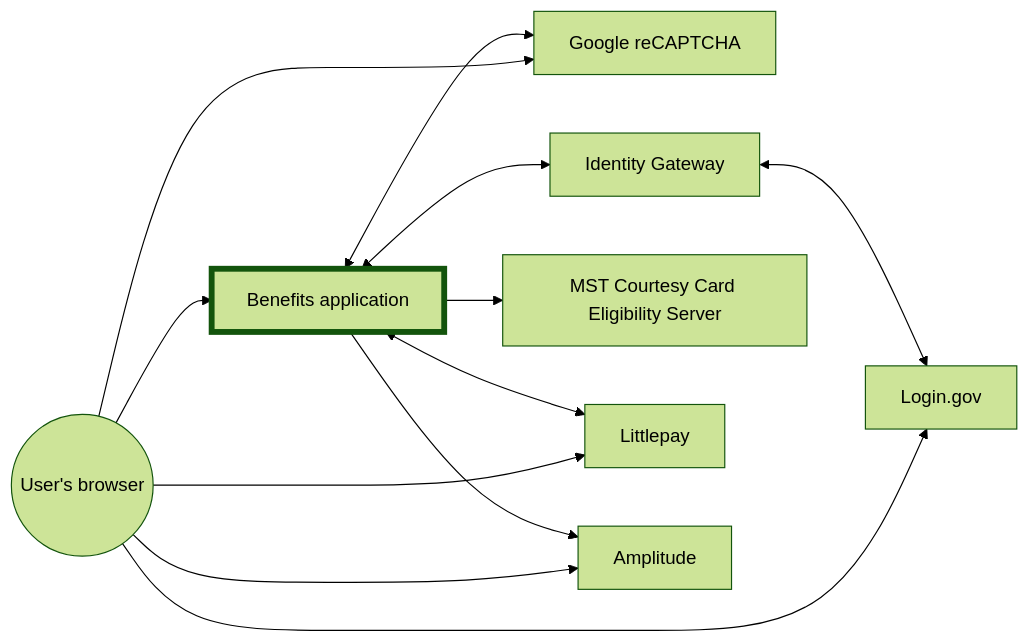
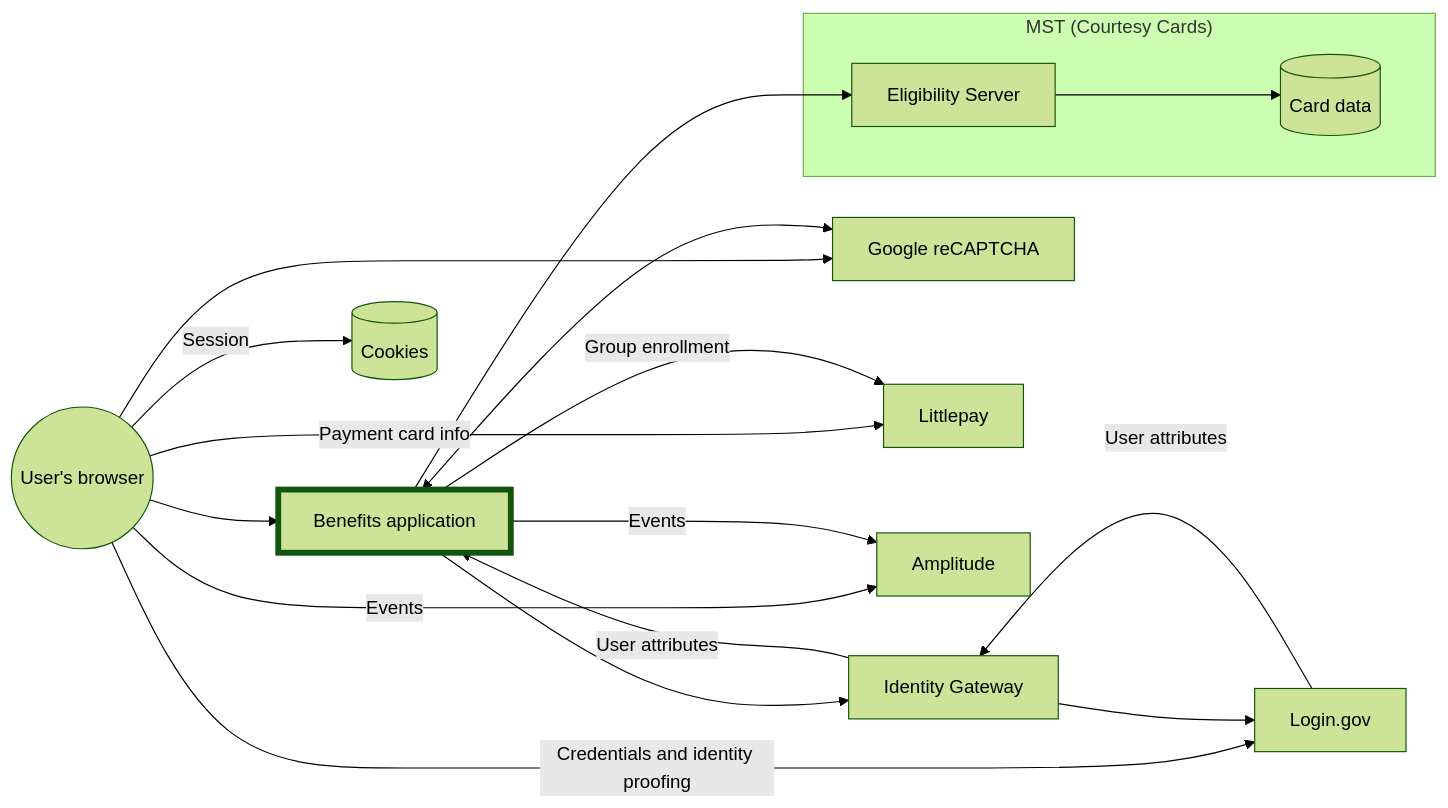
Before and after one commit to cal-itp/benefits: the first of 2 diagrams in docs/deployment/infrastructure.md, drawn with Mermaid (forest theme).

Commit message:
chore(docs): show what data is exchanged/stored where

````diff
--- a/docs/deployment/infrastructure.md
+++ b/docs/deployment/infrastructure.md
@@ -9,27 +9,36 @@
 ```mermaid
 flowchart LR
     %% DMV integration is currently disabled, hence the lines commented out below
 
     %% dmv[DMV Eligibility Verification API]
     benefits[Benefits application]
     style benefits stroke-width:5px
     recaptcha[Google reCAPTCHA]
     rider((User's browser))
     idg[Identity Gateway]
-    mst_elig[MST Courtesy Card Eligibility Server]
+    mst_elig[Eligibility Server]
+    cc_data[(Card data)]
+    cookies[(Cookies)]
 
     rider --> benefits
-    rider --> Login.gov
+    rider -->|Credentials and identity proofing| Login.gov
     rider --> recaptcha
-    rider --> Littlepay
-    rider --> Amplitude
+    rider -->|Payment card info| Littlepay
+    rider -->|Events| Amplitude
+    rider -->|Session| cookies
 
-    benefits <--> idg
+    benefits --> idg
     benefits <--> recaptcha
     %% benefits --> dmv
-    benefits --> Amplitude
-    benefits <--> Littlepay
+    benefits -->|Events| Amplitude
+    benefits -->|Group enrollment| Littlepay
     benefits --> mst_elig
 
-    idg <--> Login.gov
+    subgraph "MST (Courtesy Cards)"
+    mst_elig --> cc_data
+    end
+
+    idg --> Login.gov
+    Login.gov -->|User attributes| idg
+    idg -->|User attributes| benefits
 ```
````
